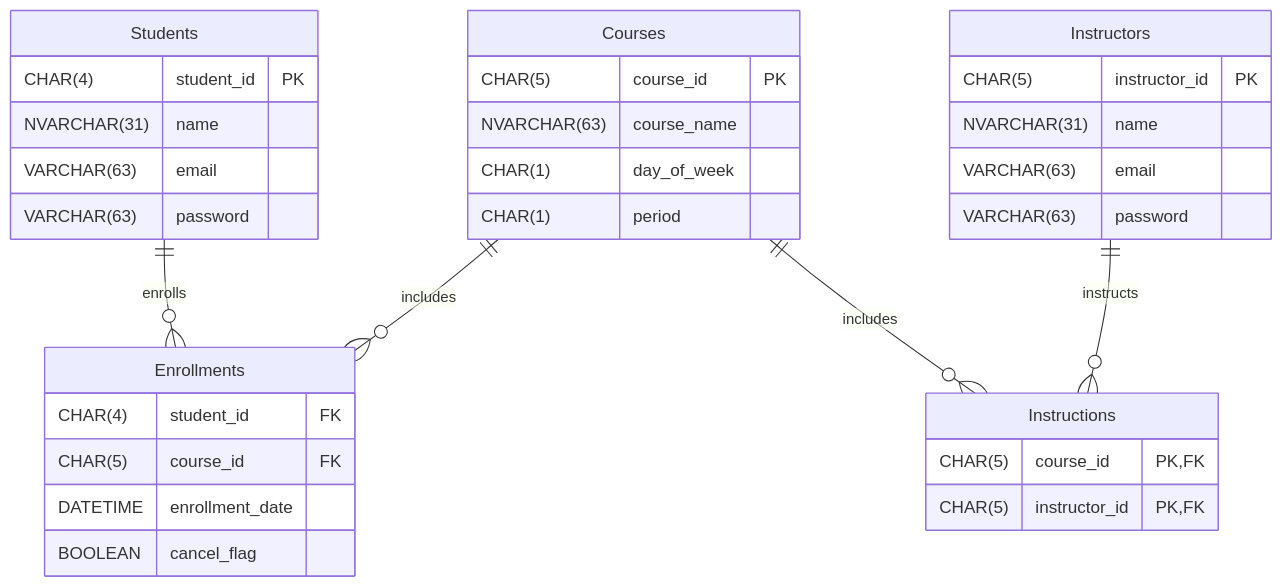
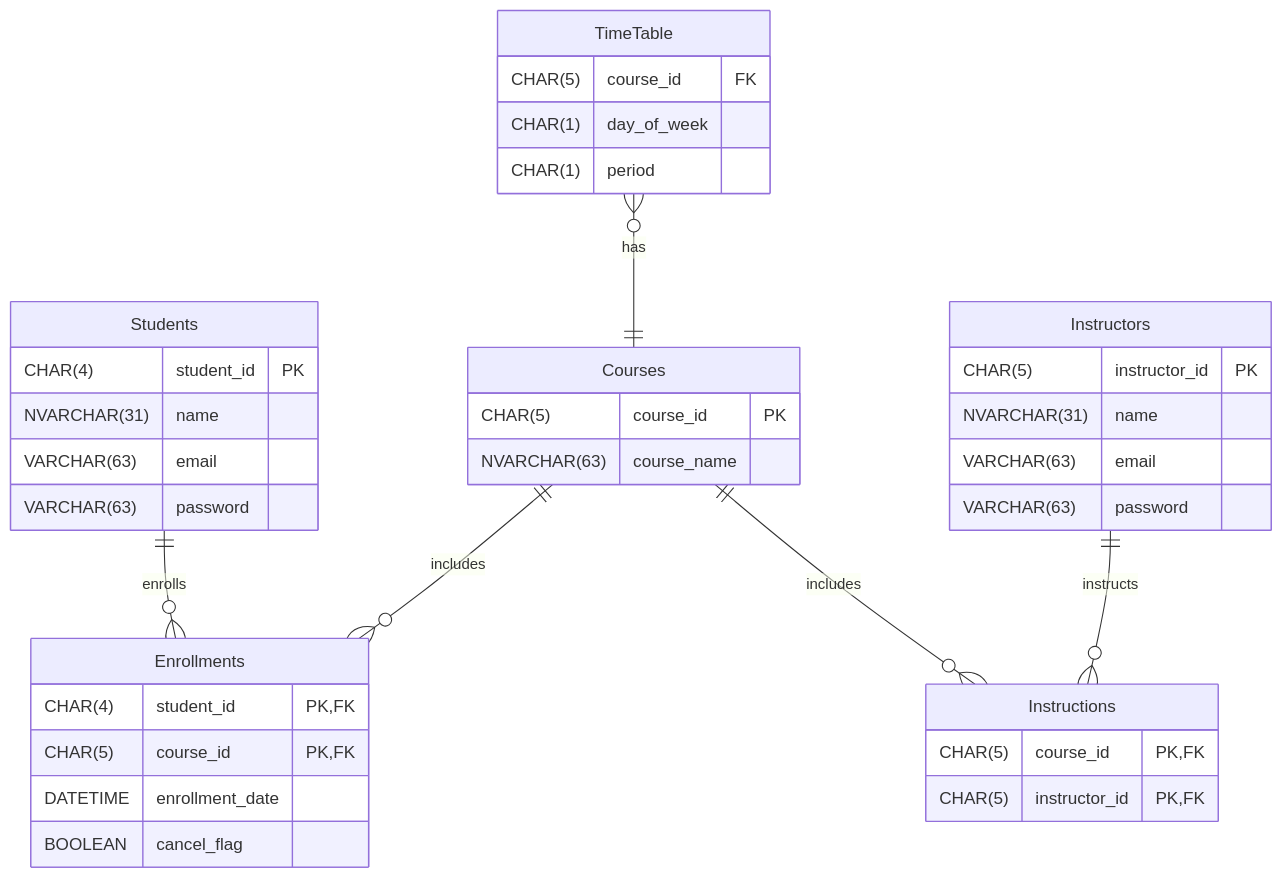
Before and after one commit to takayanag-i/classroomApp: the diagram in docs/ER-diagram.md, drawn with Mermaid. The commit also changed 3 other files, not shown here.

````diff
--- a/docs/ER-diagram.md
+++ b/docs/ER-diagram.md
@@ -5,40 +5,45 @@
 ```mermaid
 erDiagram
     Students {
         CHAR(4) student_id PK
         NVARCHAR(31) name
         VARCHAR(63) email
         VARCHAR(63) password
     }
     
     Instructors {
         CHAR(5) instructor_id PK
         NVARCHAR(31) name
         VARCHAR(63) email
         VARCHAR(63) password
     }
         
     Courses {
         CHAR(5) course_id PK
         NVARCHAR(63) course_name
+    }
+
+    TimeTable {
+        CHAR(5) course_id FK
         CHAR(1) day_of_week
         CHAR(1) period
     }
     
     Enrollments {
-        CHAR(4) student_id FK
-        CHAR(5) course_id FK
+        CHAR(4) student_id PK,FK
+        CHAR(5) course_id PK,FK
         DATETIME enrollment_date
         BOOLEAN cancel_flag
     }
 
     Instructions {
         CHAR(5) course_id PK,FK
         CHAR(5) instructor_id PK,FK
     }
         
     Students ||--o{ Enrollments : enrolls
     Courses ||--o{ Enrollments : includes
     Courses ||--o{ Instructions : includes
+    TimeTable }o--|| Courses : has
     Instructors ||--o{ Instructions : instructs
 ```
````
